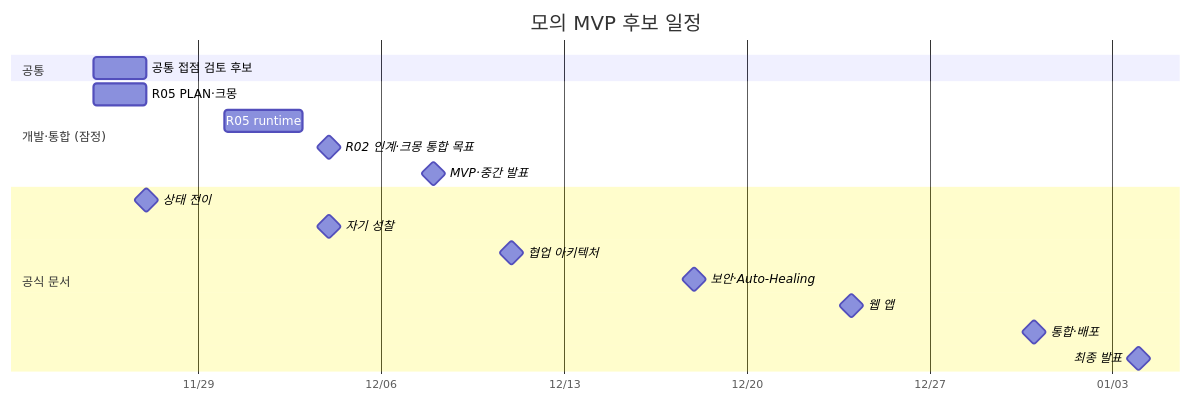
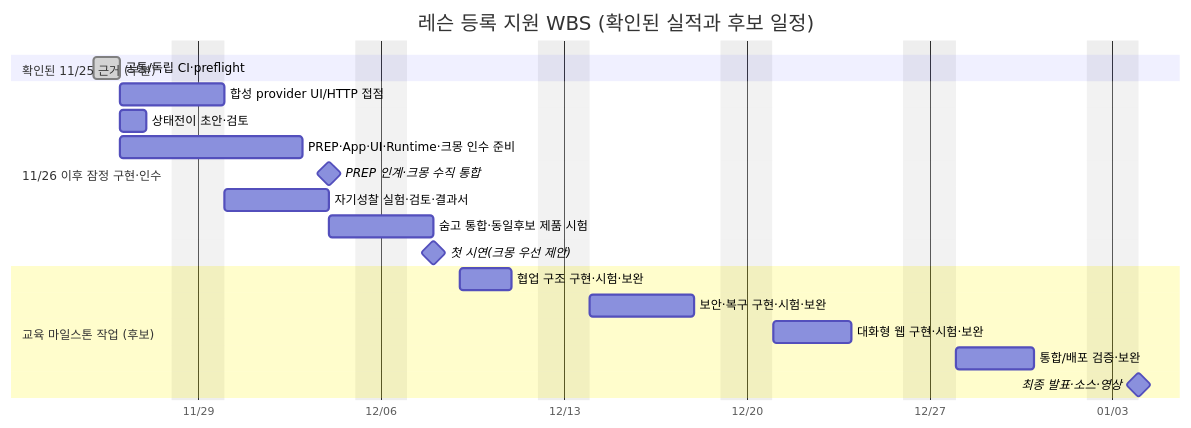
The diagram in docs/step1/WBS_제출본.md (ik-e/chaja-you), drawn with Mermaid before and after one commit. The commit also changed other lines of this file and 6 other files, not shown here.

````diff
--- a/docs/step1/WBS_제출본.md
+++ b/docs/step1/WBS_제출본.md
@@ -7,21 +7,23 @@
 ```mermaid
 gantt
- title 모의 MVP 후보 일정
+ title 레슨 등록 지원 WBS (확인된 실적과 후보 일정)
  dateFormat YYYY-MM-DD
  axisFormat %m/%d
- section 공통
- 공통 접점 검토 후보 :a1, 2026-11-25, 2026-11-27
- section 개발·통합 (잠정)
- R05 PLAN·크몽 :a2, 2026-11-25, 2026-11-27
- R05 runtime :a3, 2026-11-30, 2026-12-03
- R02 인계·크몽 통합 목표 :milestone, a4, 2026-12-04, 0d
- MVP·중간 발표 :milestone, a5, 2026-12-08, 0d
- section 공식 문서
- 상태 전이 :milestone, a6, 2026-11-27, 0d
- 자기 성찰 :milestone, a7, 2026-12-04, 0d
- 협업 아키텍처 :milestone, a8, 2026-12-11, 0d
- 보안·Auto-Healing :milestone, a9, 2026-12-18, 0d
- 웹 앱 :milestone, a10, 2026-12-24, 0d
- 통합·배포 :milestone, a11, 2026-12-31, 0d
- 최종 발표 :milestone, a12, 2027-01-04, 0d
+ excludes weekends
+ section 확인된 11/25 근거 (부분)
+ 공통/독립 CI·preflight :done, e1, 2026-11-25, 1d
+ section 11/26 이후 잠정 구현·인수
+ 합성 provider UI/HTTP 접점 :p1, 2026-11-26, 2026-11-30
+ 상태전이 초안·검토 :p2, 2026-11-26, 2026-11-27
+ PREP·App·UI·Runtime·크몽 인수 준비 :p3, 2026-11-26, 2026-12-03
+ PREP 인계·크몽 수직 통합 :milestone, m1, 2026-12-04, 0d
+ 자기성찰 실험·검토·결과서 :p4, 2026-11-30, 2026-12-04
+ 숨고 통합·동일후보 제품 시험 :p5, 2026-12-04, 2026-12-08
+ 첫 시연(크몽 우선 제안) :milestone, m2, 2026-12-08, 0d
+ section 교육 마일스톤 작업 (후보)
+ 협업 구조 구현·시험·보완 :p6, 2026-12-09, 2026-12-11
+ 보안·복구 구현·시험·보완 :p7, 2026-12-14, 2026-12-18
+ 대화형 웹 구현·시험·보완 :p8, 2026-12-21, 2026-12-24
+ 통합/배포 검증·보완 :p9, 2026-12-28, 2026-12-31
+ 최종 발표·소스·영상 :milestone, m3, 2027-01-04, 0d
 ```
````
